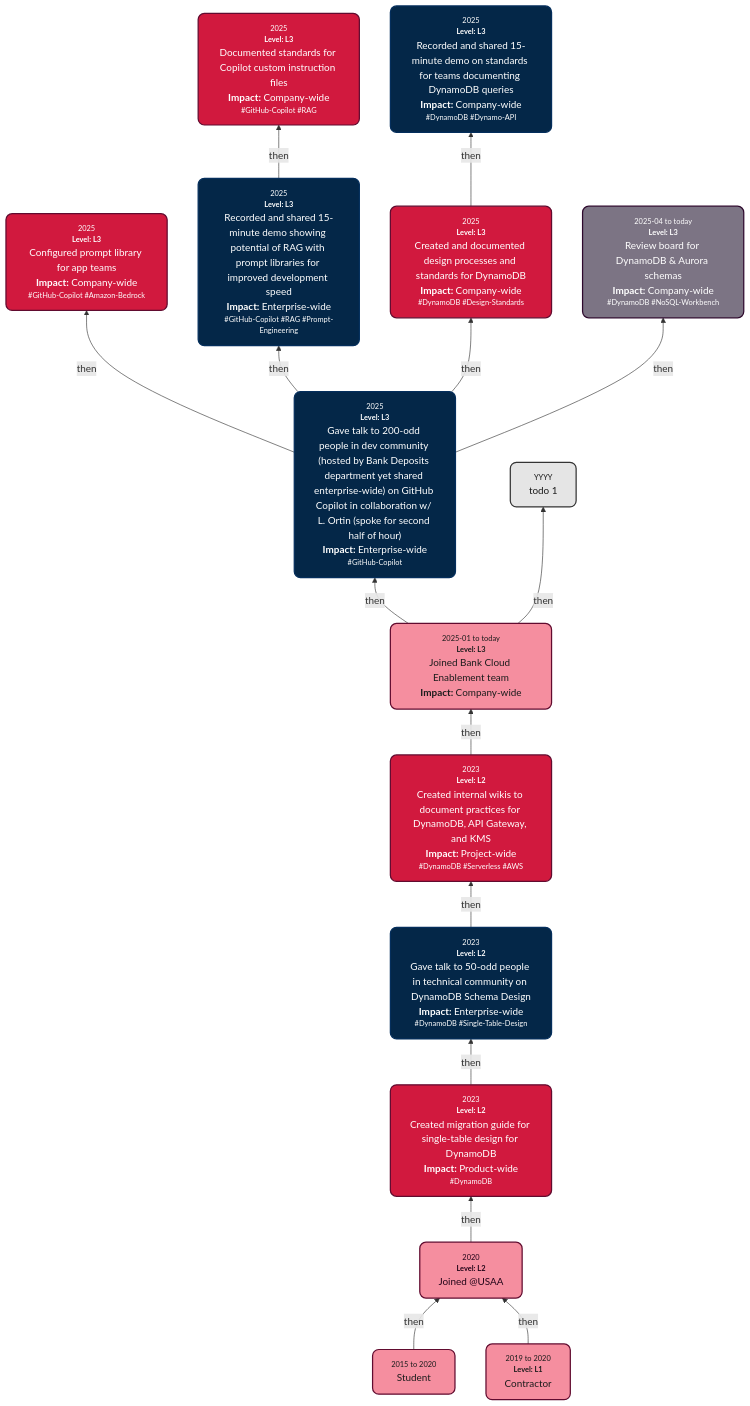
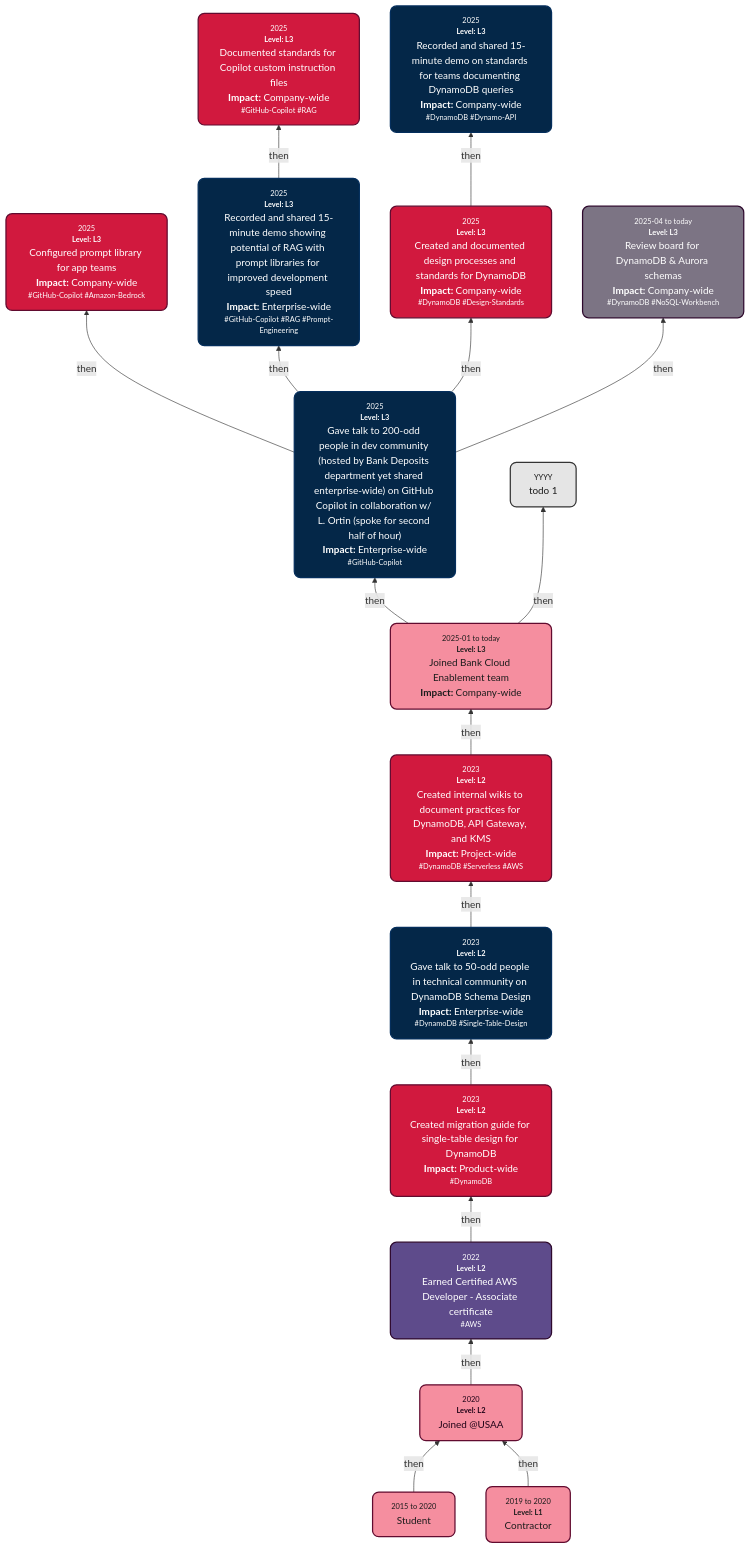
The diagram in README.md (s-sepanski/portfolio), drawn with Mermaid before and after one commit.

Commit message:
task: node color

````diff
--- a/README.md
+++ b/README.md
@@ -40,34 +40,36 @@
 ```mermaid
 graph BT
     PreStudentNode["<div style='font-size:75%;  color:#848484; text-align:center;'>2015 to 2020</div>Student"] -->|then| A["<div style='font-size:75%; color:#848484; text-align:center;'>2020</div><div style='font-size:75%; color:#848484; text-align:center;'><b>Level: L2</b><br/></div>Joined @USAA<br>"]
     ContractorNode["<div style='font-size:75%; color:#848484; text-align:center;'>2019 to 2020</div><div style='font-size:75%; color:#848484; text-align:center;'><b>Level: L1</b></div>Contractor"] -->|then| A
-    A -->|then| Creation1["<div style='font-size:75%; color:#848484; text-align:center;'>2023</div><div style='font-size:75%; color:#848484; text-align:center;'><b>Level: L2</b><br/></div>Created migration guide for single-table design for DynamoDB<br/><b>Impact: </b>Product-wide<div style='font-size:75%; color:#848484; text-align:center;'>#DynamoDB<br/></div>"]
+    A -->|then| Credential1["<div style='font-size:75%; color:#848484; text-align:center;'>2022</div><div style='font-size:75%; color:#848484; text-align:center;'><b>Level: L2</b></div>Earned Certified AWS Developer - Associate certificate<br/><div style='font-size:75%; color:#848484; text-align:center;'>#AWS</div>"]
+    Credential1 -->|then| Creation1["<div style='font-size:75%; color:#848484; text-align:center;'>2023</div><div style='font-size:75%; color:#848484; text-align:center;'><b>Level: L2</b><br/></div>Created migration guide for single-table design for DynamoDB<br/><b>Impact: </b>Product-wide<div style='font-size:75%; color:#848484; text-align:center;'>#DynamoDB<br/></div>"]
     Creation1 -->|then| Chat["<div style='font-size:75%; color:#848484; text-align:center;'>2023</div><div style='font-size:75%; color:#848484; text-align:center;'><b>Level: L2</b><br/></div>Gave talk to 50-odd people in technical community on DynamoDB Schema Design<br/><b>Impact: </b>Enterprise-wide<div style='font-size:75%; color:#848484; text-align:center;'>#DynamoDB #Single-Table-Design<br/></div>"]
     Chat -->|then| Creation2["<div style='font-size:75%; color:#848484; text-align:center;'>2023</div><div style='font-size:75%; color:#848484; text-align:center;'><b>Level: L2</b><br/></div>Created internal wikis to document practices for DynamoDB, API Gateway, and KMS<br/><b>Impact: </b>Project-wide<div style='font-size:75%; color:#848484; text-align:center;'>#DynamoDB #Serverless #AWS<br/></div>"]
     Creation2 -->|then| B["<div style='font-size:75%; color:#848484; text-align:center;'>2025-01 to today</div><div style='font-size:75%; color:#848484; text-align:center;'><b>Level: L3</b><br/></div>Joined Bank Cloud Enablement team<br/><b>Impact: </b>Company-wide"]
     B -->|then| C["<div style='font-size:75%; color:#848484; text-align:center;'>2025</div><div style='font-size:75%; color:#848484; text-align:center;'><b>Level: L3</b><br/></div>Gave talk to 200-odd people in dev community (hosted by Bank Deposits department yet shared enterprise-wide) on GitHub Copilot in collaboration w/ L. Ortin (spoke for second half of hour)<br/><b>Impact: </b>Enterprise-wide<div style='font-size:75%; color:#848484; text-align:center;'>#GitHub-Copilot<br/></div>"]
     C -->|then| CreationPromptLib["<div style='font-size:75%; color:#848484; text-align:center;'>2025</div><div style='font-size:75%; color:#848484; text-align:center;'><b>Level: L3</b><br/></div>Configured prompt library for app teams<br/><b>Impact: </b>Company-wide<div style='font-size:75%; color:#848484; text-align:center;'>#GitHub-Copilot #Amazon-Bedrock<br/></div>"]
     C -->|then| D["<div style='font-size:75%; color:#848484; text-align:center;'>2025</div><div style='font-size:75%; color:#848484; text-align:center;'><b>Level: L3</b><br/></div>Recorded and shared 15-minute demo showing potential of RAG with prompt libraries for improved development speed<br/><b>Impact: </b>Enterprise-wide<div style='font-size:75%; color:#848484; text-align:center;'>#GitHub-Copilot #RAG #Prompt-Engineering<br/></div>"]
     C -->|then| CreationDesign["<div style='font-size:75%; color:#848484; text-align:center;'>2025</div><div style='font-size:75%; color:#848484; text-align:center;'><b>Level: L3</b><br/></div>Created and documented design processes and standards for DynamoDB<br/><b>Impact: </b>Company-wide<div style='font-size:75%; color:#848484; text-align:center;'>#DynamoDB #Design-Standards<br/></div>"]
     CreationDesign -->|then| Chat2["<div style='font-size:75%; color:#848484; text-align:center;'>2025</div><div style='font-size:75%; color:#848484; text-align:center;'><b>Level: L3</b><br/></div>Recorded and shared 15-minute demo on standards for teams documenting DynamoDB queries<br/><b>Impact: </b>Company-wide<div style='font-size:75%; color:#848484; text-align:center;'>#DynamoDB #Dynamo-API<br/></div>"]
     B -->|then| E["<div style='font-size:75%; color:#848484; text-align:center;'>YYYY</div>todo 1"]
     C -->|then| F["<div style='font-size:75%; color:#848484; text-align:center;'>2025-04 to today</div><div style='font-size:75%; color:#848484; text-align:center;'><b>Level: L3</b><br/></div>Review board for DynamoDB & Aurora schemas<br/><b>Impact: </b>Company-wide<div style='font-size:75%; color:#848484; text-align:center;'>#DynamoDB #NoSQL-Workbench<br/></div>"]
     D -->|then| G["<div style='font-size:75%; color:#848484; text-align:center;'>2025</div><div style='font-size:75%; color:#848484; text-align:center;'><b>Level: L3</b><br/></div>Documented standards for Copilot custom instruction files<br/><b>Impact: </b>Company-wide<div style='font-size:75%; color:#848484; text-align:center;'>#GitHub-Copilot #RAG<br/></div>"]
     style PreStudentNode fill:#f58e9f,stroke:#610b2f,stroke-width:2px,color:#1c1c1c
     style ContractorNode fill:#f58e9f,stroke:#610b2f,stroke-width:2px,color:#1c1c1c
     style A fill:#f58e9f,stroke:#610b2f,stroke-width:2px,color:#230519
+    style Credential1 fill:#5e4b8b,stroke:#2e092d,stroke-width:2px,color:#FFFFFF
     style Creation1 fill:#d1193e,stroke:#610b2f,stroke-width:2px,color:#FFFFFF
     style Chat fill:#042748,stroke:#042e5c,stroke-width:2px,color:#FFFFFF
     style Creation2 fill:#d1193e,stroke:#610b2f,stroke-width:2px,color:#FFFFFF
     style B fill:#f58e9f,stroke:#610b2f,stroke-width:2px,color:#1c1c1c
     style C fill:#042748,stroke:#042e5c,stroke-width:2px,color:#FFFFFF
     style D fill:#042748,stroke:#042e5c,stroke-width:2px,color:#FFFFFF
     style E fill:#e5e5e5,stroke:#343434,stroke-width:2px,color:#1c1c1c
     style F fill:#7c7484,stroke:#2e092d,stroke-width:2px,color:#FFFFFF
     style G fill:#d1193e,stroke:#610b2f,stroke-width:2px,color:#FFFFFF
     style Chat2 fill:#042748,stroke:#042e5c,stroke-width:2px,color:#FFFFFF
     style CreationPromptLib fill:#d1193e,stroke:#610b2f,stroke-width:2px,color:#FFFFFF
     style CreationDesign fill:#d1193e,stroke:#610b2f,stroke-width:2px,color:#FFFFFF
     classDef rounded stroke-width:2px,rx:10,ry:10;
-    class PreStudentNode,ContractorNode,A,Creation1,Chat,Creation2,B,C,D,E,F,G,Chat2,CreationPromptLib,CreationDesign rounded;
+    class PreStudentNode,ContractorNode,A,Credential1,Creation1,Chat,Creation2,B,C,D,E,F,G,Chat2,CreationPromptLib,CreationDesign rounded;
 ```
````
